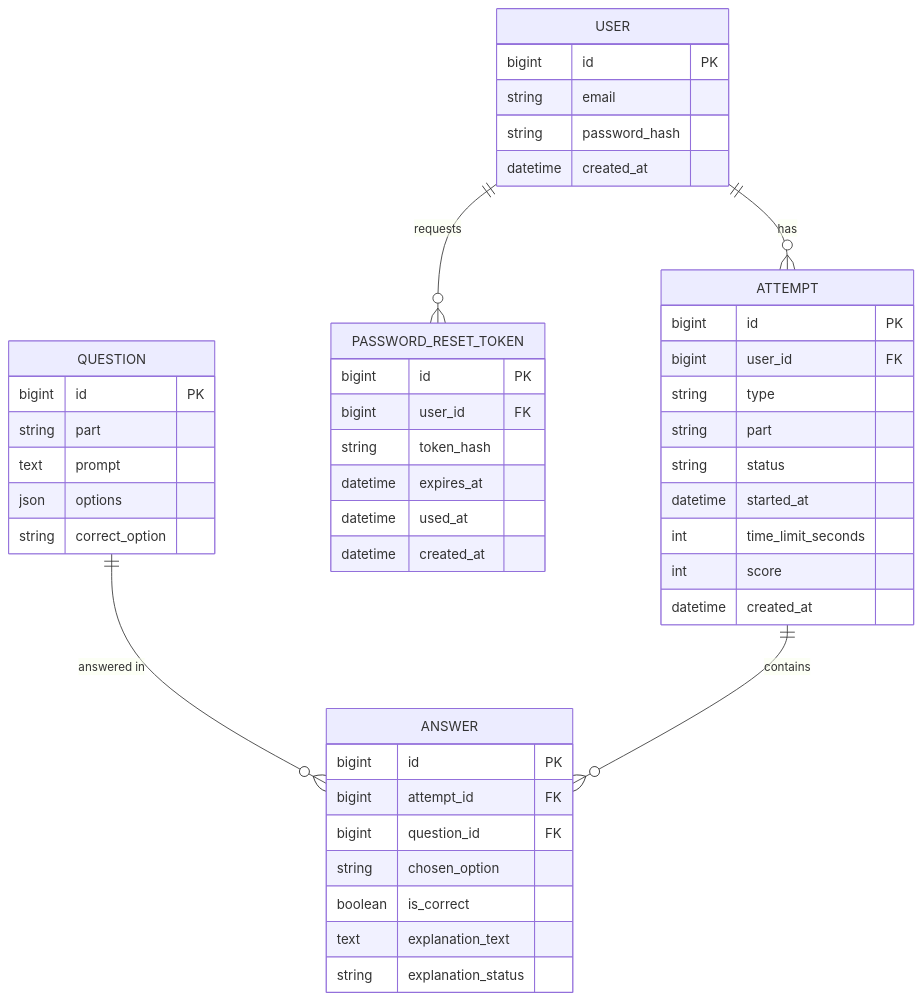
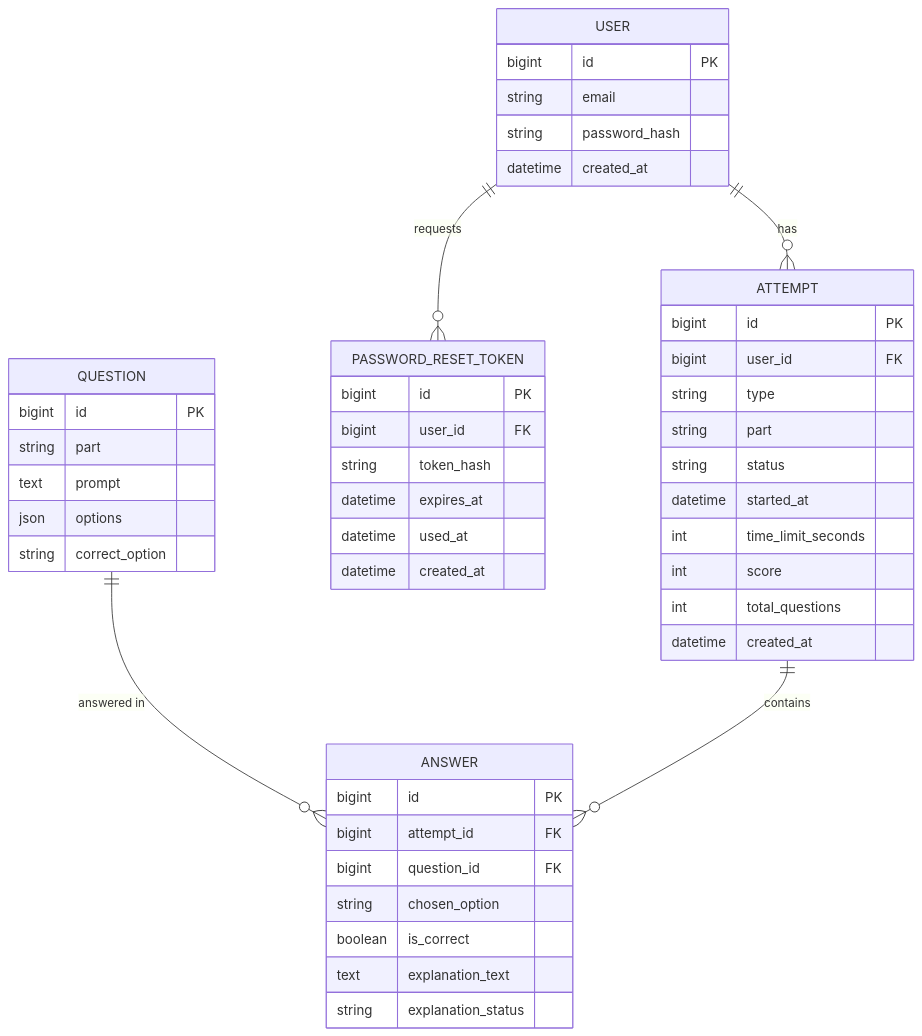
One commit to Thuyan7/EngCoach. changed the diagram in chapter-05-ai-for-software-design-architecture/design/data-model.mmd. Above: the diagram before and after it, drawn with Mermaid. The commit also changed 9 other files, not shown here.

```diff
--- a/chapter-05-ai-for-software-design-architecture/design/data-model.mmd
+++ b/chapter-05-ai-for-software-design-architecture/design/data-model.mmd
@@ -1,47 +1,48 @@
 erDiagram
     USER ||--o{ ATTEMPT : has
     USER ||--o{ PASSWORD_RESET_TOKEN : requests
     QUESTION ||--o{ ANSWER : "answered in"
     ATTEMPT ||--o{ ANSWER : contains
 
     USER {
         bigint id PK
         string email
         string password_hash
         datetime created_at
     }
     PASSWORD_RESET_TOKEN {
         bigint id PK
         bigint user_id FK
         string token_hash
         datetime expires_at
         datetime used_at
         datetime created_at
     }
     QUESTION {
         bigint id PK
         string part
         text prompt
         json options
         string correct_option
     }
     ATTEMPT {
         bigint id PK
         bigint user_id FK
         string type
         string part
         string status
         datetime started_at
         int time_limit_seconds
         int score
+        int total_questions
         datetime created_at
     }
     ANSWER {
         bigint id PK
         bigint attempt_id FK
         bigint question_id FK
         string chosen_option
         boolean is_correct
         text explanation_text
         string explanation_status
     }
```
